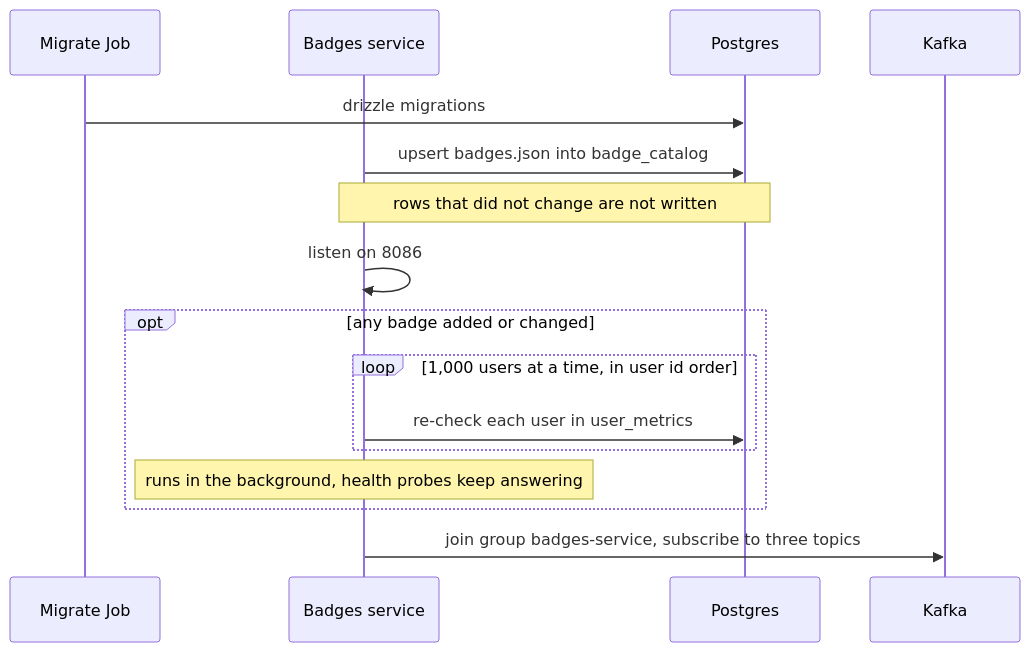
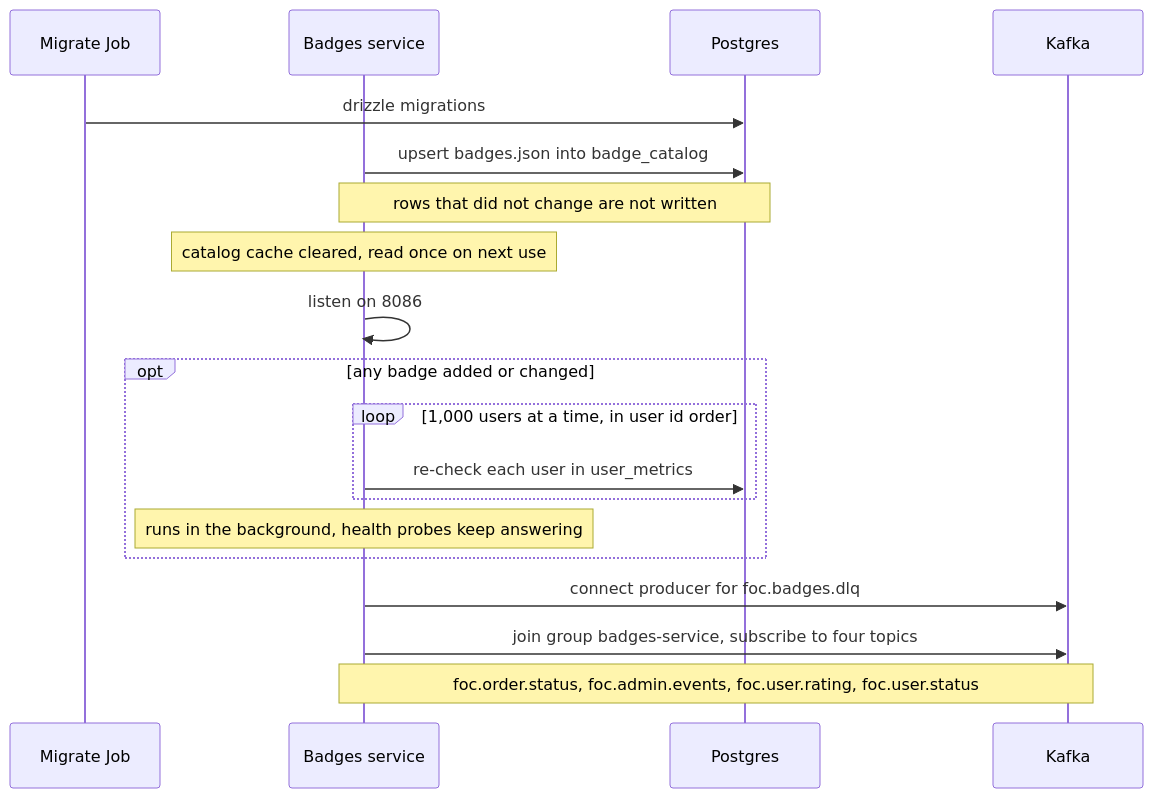
One commit to CS3219-AY2627S1/FoC-Template changed the diagram in badges-service/docs/seq-startup.mmd. Above: the diagram before and after it, drawn with Mermaid. The commit also changed 13 other files, not shown here.

```diff
--- a/badges-service/docs/seq-startup.mmd
+++ b/badges-service/docs/seq-startup.mmd
@@ -1,17 +1,20 @@
 sequenceDiagram
     participant Job as Migrate Job
     participant Badges as Badges service
     participant DB as Postgres
     participant Kafka as Kafka
 
     Job->>DB: drizzle migrations
     Badges->>DB: upsert badges.json into badge_catalog
     Note over Badges,DB: rows that did not change are not written
+    Note over Badges: catalog cache cleared, read once on next use
     Badges->>Badges: listen on 8086
     opt any badge added or changed
         loop 1,000 users at a time, in user id order
             Badges->>DB: re-check each user in user_metrics
         end
         Note over Badges: runs in the background, health probes keep answering
     end
-    Badges->>Kafka: join group badges-service, subscribe to three topics
+    Badges->>Kafka: connect producer for foc.badges.dlq
+    Badges->>Kafka: join group badges-service, subscribe to four topics
+    Note over Badges,Kafka: foc.order.status, foc.admin.events, foc.user.rating, foc.user.status
```
